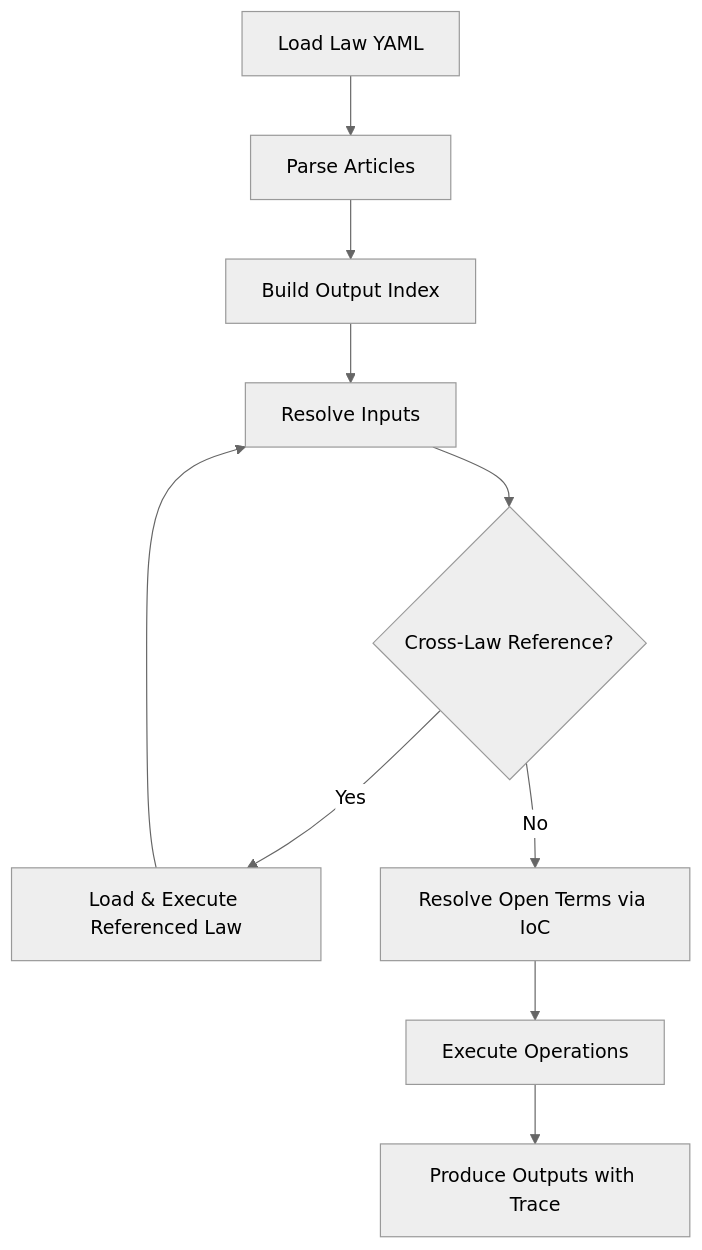
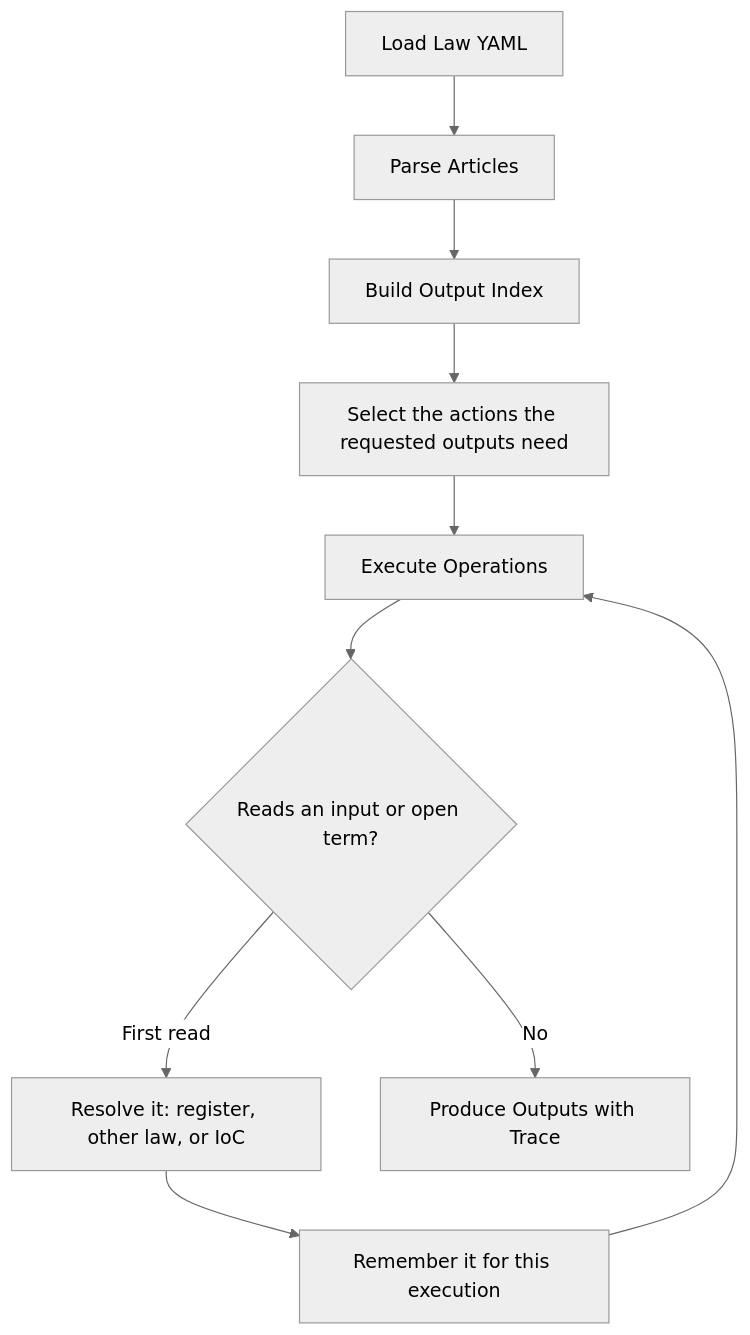
One commit to MinBZK/regelrecht changed the second of 2 diagrams in docs/src/content/docs/components/engine.md. Above: the diagram before and after it, drawn with Mermaid (neutral theme). The commit also changed other lines of this file and 19 other files, not shown here.

````diff
--- a/docs/src/content/docs/components/engine.md
+++ b/docs/src/content/docs/components/engine.md
@@ -54,12 +54,12 @@
 ```mermaid
 flowchart TD
     A[Load Law YAML] --> B[Parse Articles]
     B --> C[Build Output Index]
-    C --> D[Resolve Inputs]
-    D --> E{Cross-Law Reference?}
-    E -->|Yes| F[Load & Execute Referenced Law]
-    F --> D
-    E -->|No| G[Resolve Open Terms via IoC]
-    G --> H[Execute Operations]
-    H --> I[Produce Outputs with Trace]
+    C --> D[Select the actions the requested outputs need]
+    D --> E[Execute Operations]
+    E --> F{Reads an input or open term?}
+    F -->|First read| G[Resolve it: register, other law, or IoC]
+    G --> H[Remember it for this execution]
+    H --> E
+    F -->|No| I[Produce Outputs with Trace]
 ```
````
